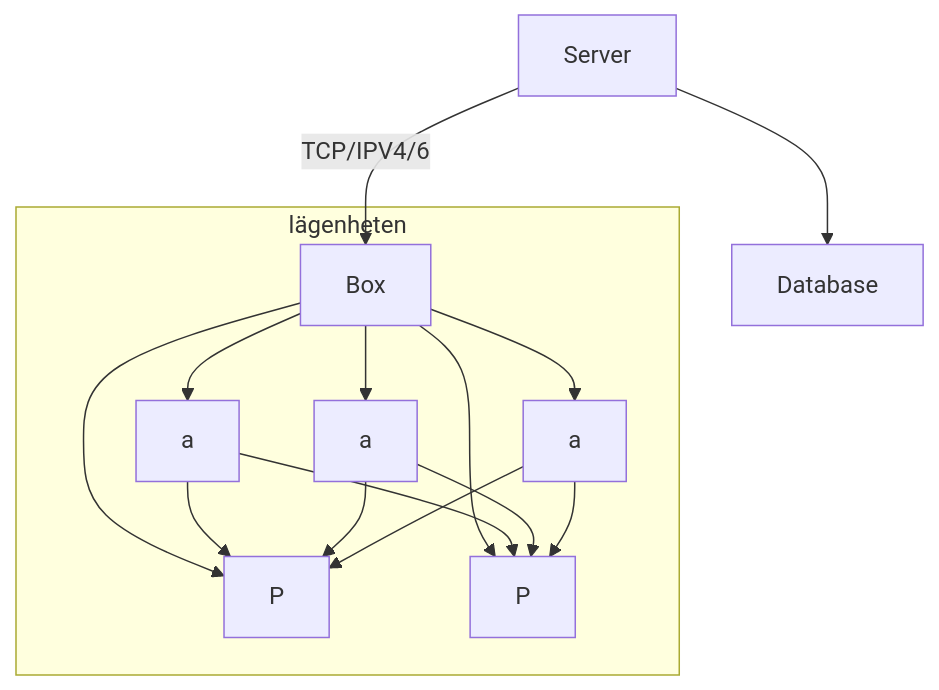
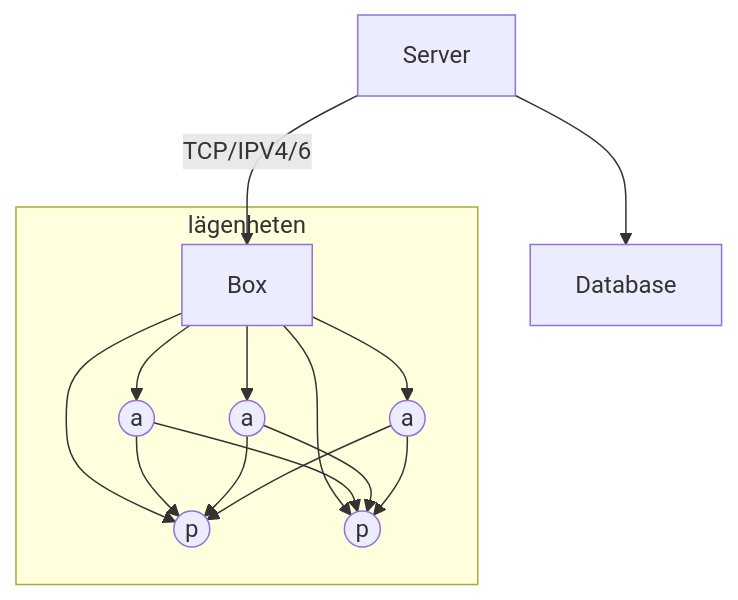
One commit to Rackhamn/iot_arch_project1 changed the diagram in README.md. Above: the diagram before and after it, drawn with Mermaid.

Commit message:
Update README.md
Ändrade 'taggarna' till cirklar.

````diff
--- a/README.md
+++ b/README.md
@@ -29,24 +29,24 @@
 ```mermaid
 graph TD
     Server[Server] -->|TCP/IPV4/6| Box
     Server --> DB[Database]
-    Box --> A1[a]
-    Box --> A2[a]
-    Box --> A3[a]
-    Box --> P1[P]
-    Box --> P2[P]
+    Box --> A1((a))
+    Box --> A2((a))
+    Box --> A3((a))
+    Box --> P1((p))
+    Box --> P2((p))
     A1 --> P1
     A1 --> P2
     A2 --> P1
     A2 --> P2
     A3 --> P1
     A3 --> P2
     subgraph lägenheten
         Box
         A1
         A2
         A3
         P1
         P2
     end
 ```
````
